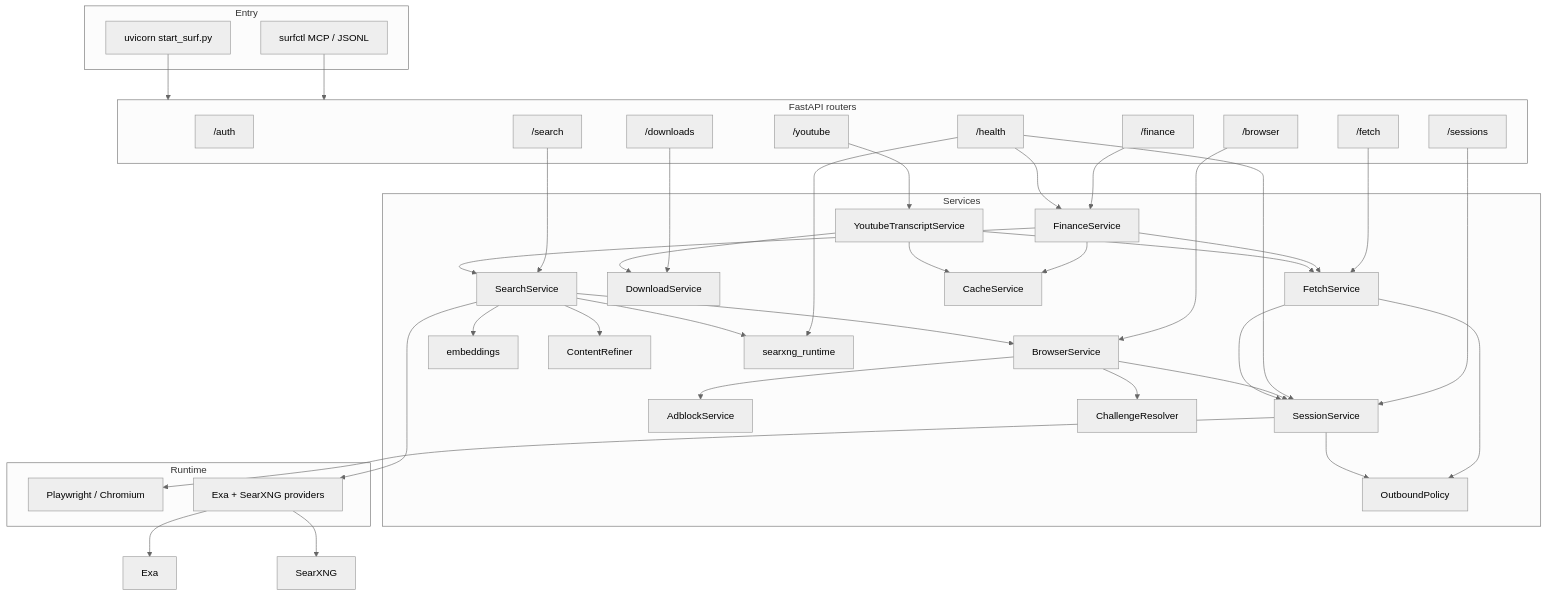
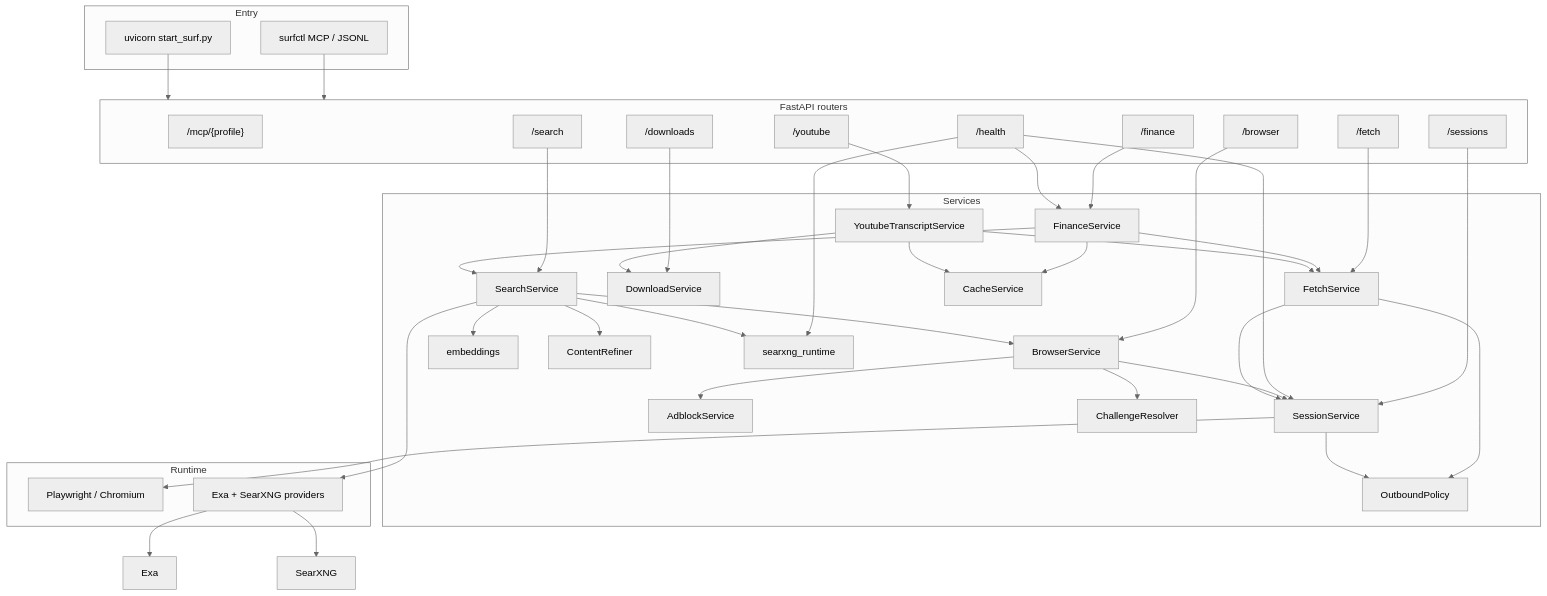
The second of 7 diagrams in ARCHITECTURE.md (nomadbarefoot/SURF), drawn with Mermaid (neutral theme) before and after one commit. The commit also changed other lines of this file and 49 other files, not shown here.

Commit message:
feat: add profile-scoped MCP tool surfaces

````diff
--- a/ARCHITECTURE.md
+++ b/ARCHITECTURE.md
@@ -53,76 +53,76 @@
 ```mermaid
 flowchart TB
   subgraph Entry
     MCP["surfctl MCP / JSONL"]
     UV["uvicorn start_surf.py"]
   end
 
   subgraph API["FastAPI routers"]
-    Auth["/auth"]
+    MCPHTTP["/mcp/{profile}"]
     Sess["/sessions"]
     Br["/browser"]
     Fet["/fetch"]
     Dl["/downloads"]
     Srch["/search"]
     Fin["/finance"]
     YT["/youtube"]
     Hlth["/health"]
   end
 
   subgraph Services
     SS["SessionService"]
     BS["BrowserService"]
     FS["FetchService"]
     DS["DownloadService"]
     AB["AdblockService"]
     Search["SearchService"]
     Finance["FinanceService"]
     Transcript["YoutubeTranscriptService"]
     Emb["embeddings"]
     CR["ContentRefiner"]
     Ch["ChallengeResolver"]
     Egress["OutboundPolicy"]
     SXRT["searxng_runtime"]
     Cache["CacheService"]
   end
 
   subgraph Runtime
     PW["Playwright / Chromium"]
     Providers["Exa + SearXNG providers"]
   end
 
   MCP --> API
   UV --> API
 
   Sess --> SS
   Br --> BS
   Fet --> FS
   Dl --> DS
   Srch --> Search
   Fin --> Finance
   YT --> Transcript
   Hlth --> SS
   Hlth --> SXRT
   Hlth --> Finance
 
   BS --> SS
   BS --> AB
   BS --> Ch
   FS --> SS
   FS --> Egress
   SS --> Egress
   Search --> Providers
   Search --> Emb
   Search --> BS
   Search --> CR
   Search --> SXRT
   Finance --> FS
   Finance --> Search
   Finance --> Cache
   Transcript --> FS
   Transcript --> DS
   Transcript --> Cache
   SS --> PW
   Providers --> ExaAPI["Exa"]
   Providers --> SearX["SearXNG"]
 ```
````
